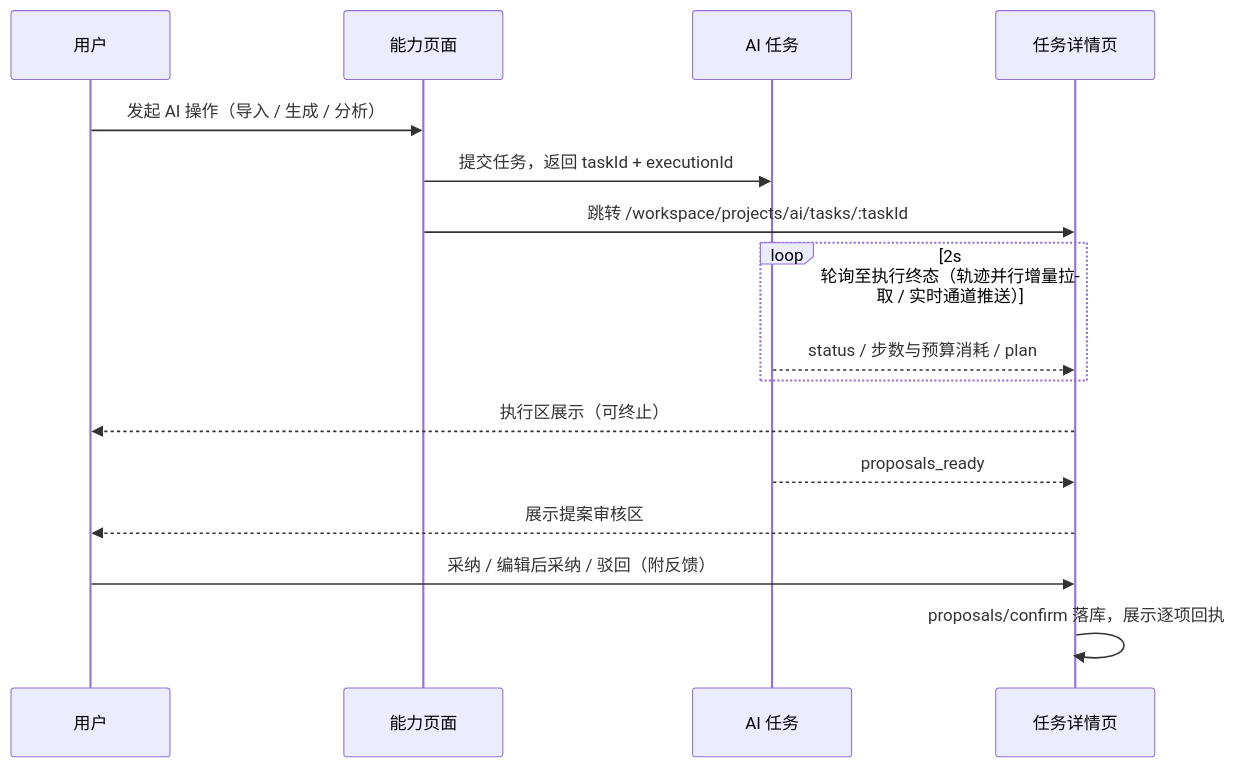
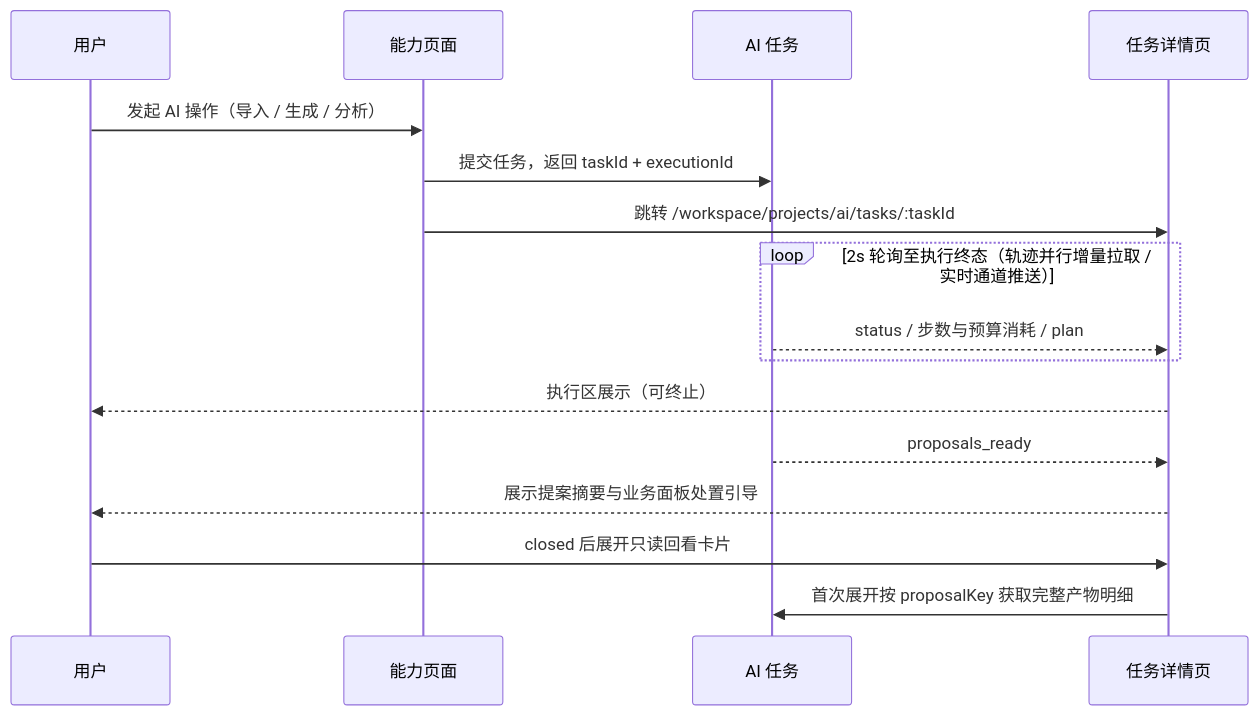
Before and after one commit to XiaoMiSum/robotest: the second of 2 diagrams in docs/05-interaction-design/07-ai-capability/03-ai-task-ui.md, drawn with Mermaid. The commit also changed other lines of this file and 8 other files, not shown here.

````diff
--- a/docs/05-interaction-design/07-ai-capability/03-ai-task-ui.md
+++ b/docs/05-interaction-design/07-ai-capability/03-ai-task-ui.md
@@ -162,18 +136,18 @@
 ```mermaid
 sequenceDiagram
   participant U as 用户
   participant P as 能力页面
   participant T as AI 任务
   participant D as 任务详情页
   U->>P: 发起 AI 操作（导入 / 生成 / 分析）
   P->>T: 提交任务，返回 taskId + executionId
   P->>D: 跳转 /workspace/projects/ai/tasks/:taskId
   loop 2s 轮询至执行终态（轨迹并行增量拉取 / 实时通道推送）
     T-->>D: status / 步数与预算消耗 / plan
   end
   D-->>U: 执行区展示（可终止）
   T-->>D: proposals_ready
-  D-->>U: 展示提案审核区
-  U->>D: 采纳 / 编辑后采纳 / 驳回（附反馈）
-  D->>D: proposals/confirm 落库，展示逐项回执
+  D-->>U: 展示提案摘要与业务面板处置引导
+  U->>D: closed 后展开只读回看卡片
+  D->>T: 首次展开按 proposalKey 获取完整产物明细
 ```
````
